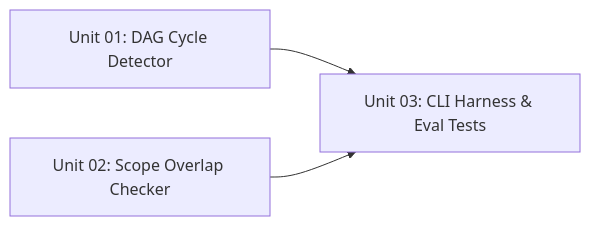
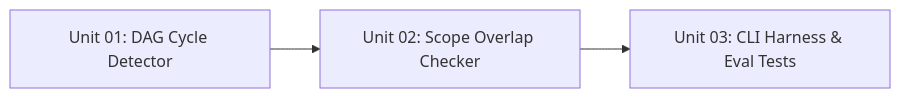
One commit to markromolecule/context-factory changed the diagram in docs/tasks/2026/09/2026-09-28/0001-task-unit-lifecycle-plan-review-test-and-review-skills/phase-01-deterministic-plan-checker/phase.md. Above: the diagram before and after it, drawn with Mermaid. The commit also changed other lines of this file and 2 other files, not shown here.

````diff
--- a/docs/tasks/2026/09/2026-09-28/0001-task-unit-lifecycle-plan-review-test-and-review-skills/phase-01-deterministic-plan-checker/phase.md
+++ b/docs/tasks/2026/09/2026-09-28/0001-task-unit-lifecycle-plan-review-test-and-review-skills/phase-01-deterministic-plan-checker/phase.md
@@ -25,8 +25,8 @@
 ```mermaid
 graph LR
     U01[Unit 01: DAG Cycle Detector]
     U02[Unit 02: Scope Overlap Checker]
     U03[Unit 03: CLI Harness & Eval Tests]
-    U01 --> U03
+    U01 --> U02
     U02 --> U03
 ```
````
